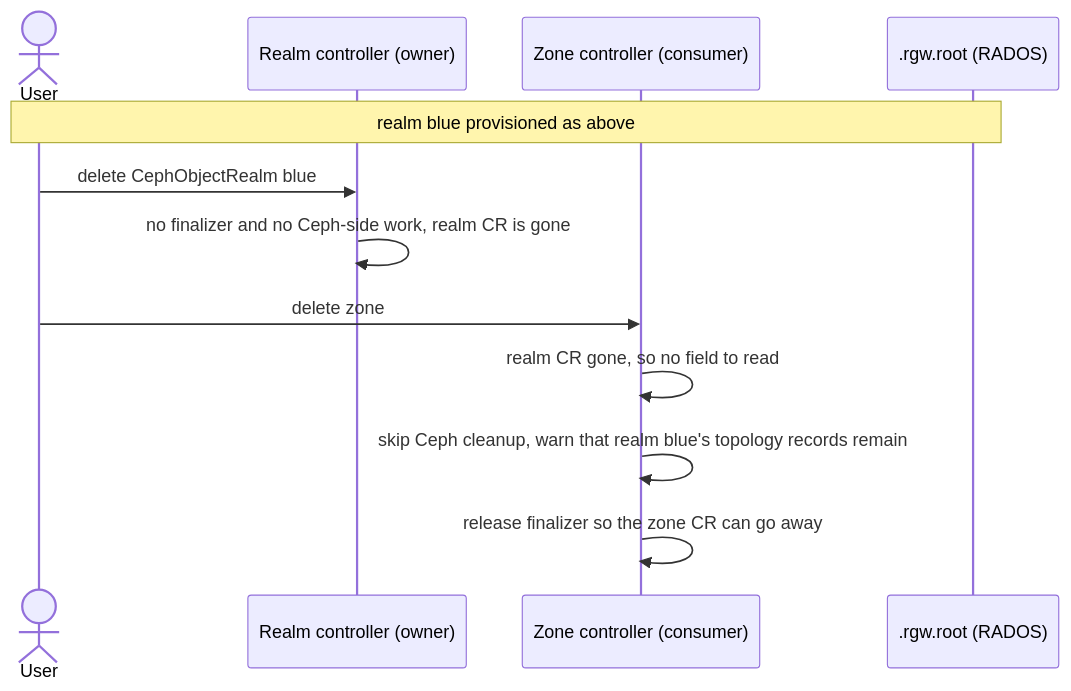
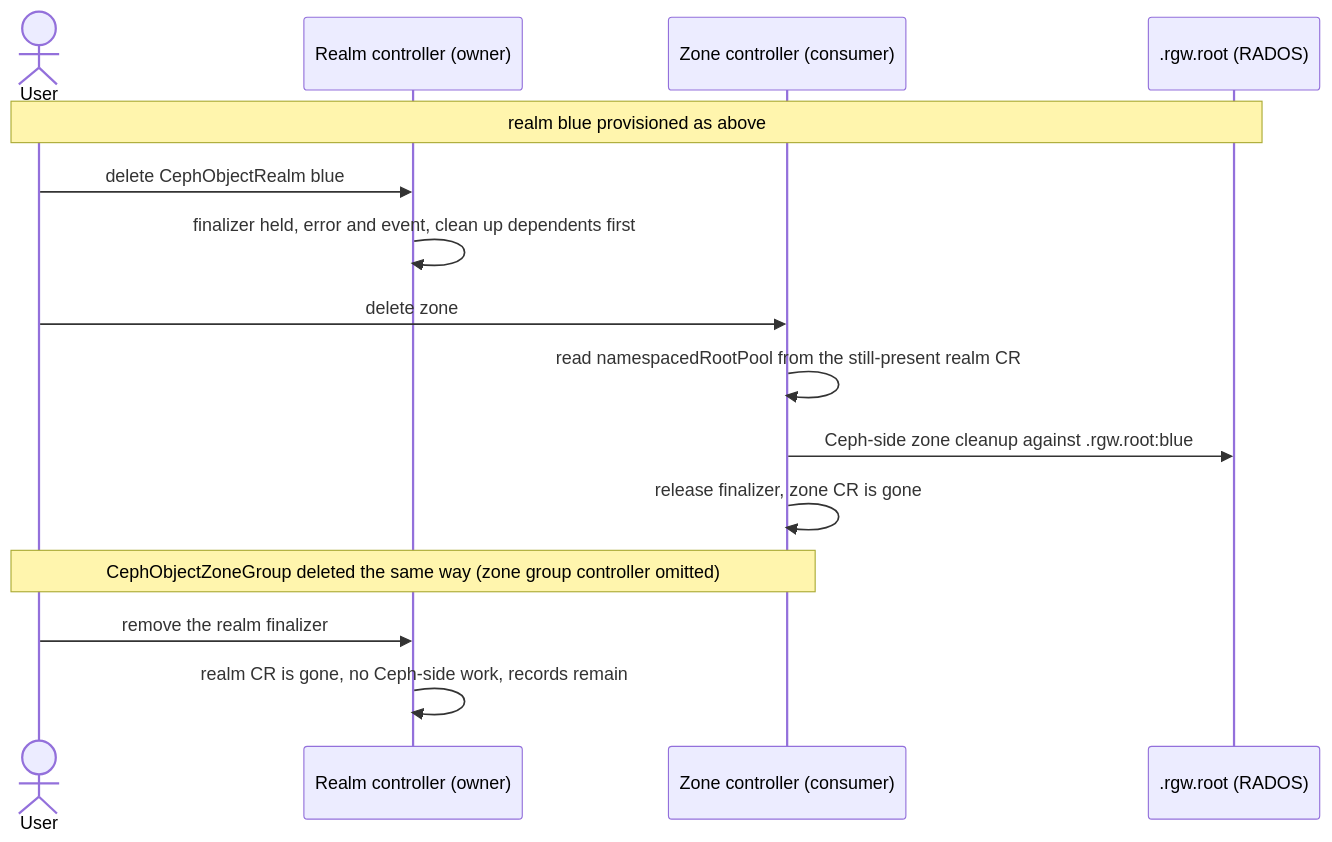
The second of 2 diagrams in design/ceph/object/namespaced-root-pool.md (rook/rook), drawn with Mermaid before and after one commit. The commit also changed other lines of this file, not shown here.

````diff
--- a/design/ceph/object/namespaced-root-pool.md
+++ b/design/ceph/object/namespaced-root-pool.md
@@ -278,14 +290,17 @@
 ```mermaid
 sequenceDiagram
     actor User
     participant RealmC as Realm controller (owner)
     participant ZoneC as Zone controller (consumer)
     participant Ceph as .rgw.root (RADOS)
     Note over User,Ceph: realm blue provisioned as above
     User->>RealmC: delete CephObjectRealm blue
-    RealmC->>RealmC: no finalizer and no Ceph-side work, realm CR is gone
+    RealmC->>RealmC: finalizer held, error and event, clean up dependents first
     User->>ZoneC: delete zone
-    ZoneC->>ZoneC: realm CR gone, so no field to read
-    ZoneC->>ZoneC: skip Ceph cleanup, warn that realm blue's topology records remain
-    ZoneC->>ZoneC: release finalizer so the zone CR can go away
+    ZoneC->>ZoneC: read namespacedRootPool from the still-present realm CR
+    ZoneC->>Ceph: Ceph-side zone cleanup against .rgw.root:blue
+    ZoneC->>ZoneC: release finalizer, zone CR is gone
+    Note over User,ZoneC: CephObjectZoneGroup deleted the same way (zone group controller omitted)
+    User->>RealmC: remove the realm finalizer
+    RealmC->>RealmC: realm CR is gone, no Ceph-side work, records remain
 ```
````
